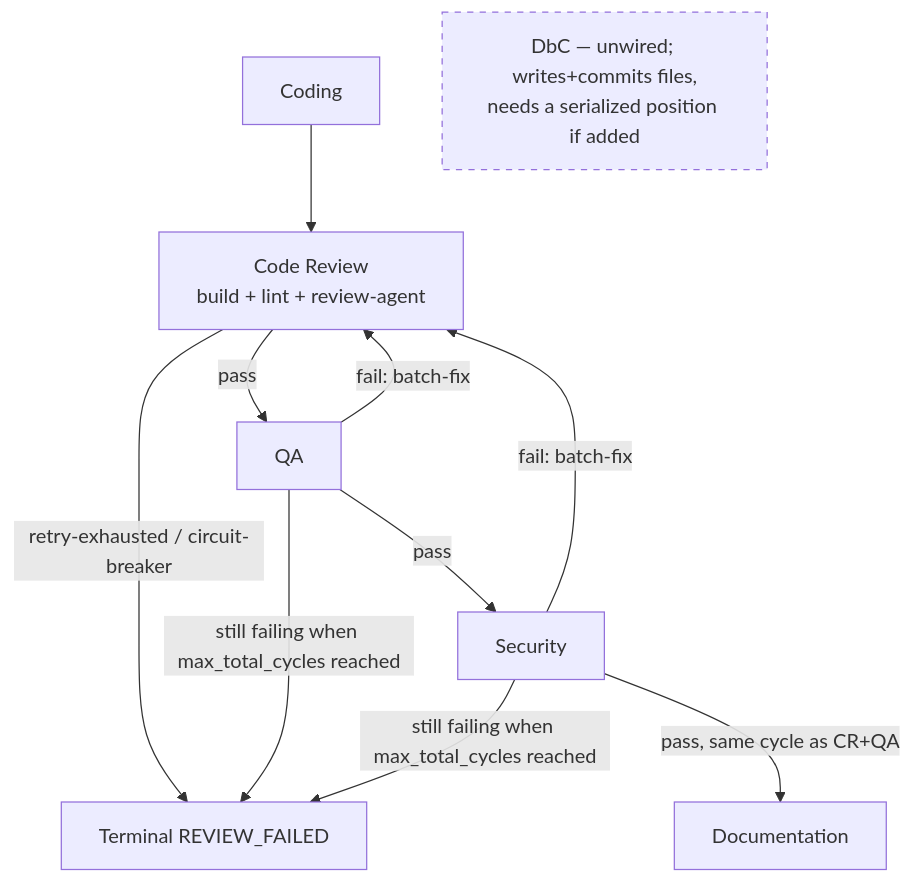
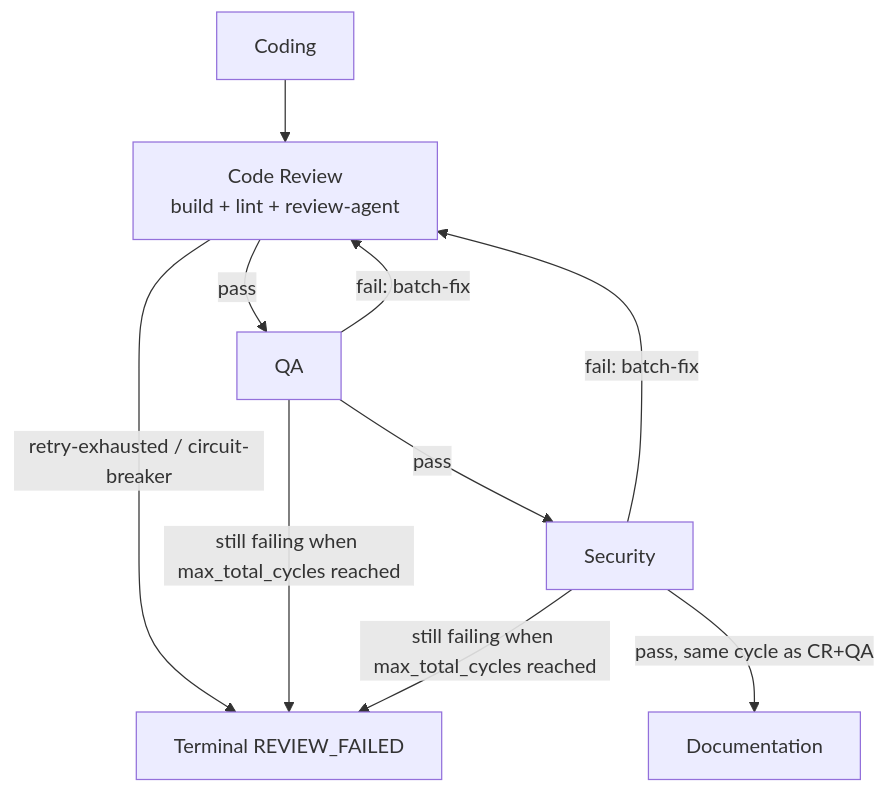
One commit to brandonkindred/Khala-Agentic-AI-Teams changed the diagram in backend/agents/software_engineering_team/docs/GATE_DEPENDENCY_GRAPH.md. Above: the diagram before and after it, drawn with Mermaid. The commit also changed other lines of this file and 4 other files, not shown here.

````diff
--- a/backend/agents/software_engineering_team/docs/GATE_DEPENDENCY_GRAPH.md
+++ b/backend/agents/software_engineering_team/docs/GATE_DEPENDENCY_GRAPH.md
@@ -97,15 +90,12 @@
 ```mermaid
 flowchart TD
     Coding[Coding] --> CR[Code Review\nbuild + lint + review-agent]
     CR -->|pass| QA[QA]
     QA -->|fail: batch-fix| CR
     QA -->|pass| Sec[Security]
     Sec -->|fail: batch-fix| CR
     CR -->|retry-exhausted / circuit-breaker| Fail[Terminal REVIEW_FAILED]
     QA -->|still failing when max_total_cycles reached| Fail
     Sec -->|still failing when max_total_cycles reached| Fail
     Sec -->|pass, same cycle as CR+QA| Doc[Documentation]
-    DbC[DbC — unwired; writes+commits files,\nneeds a serialized position if added]:::dormant
-
-    classDef dormant stroke-dasharray: 5 5
 ```
````
